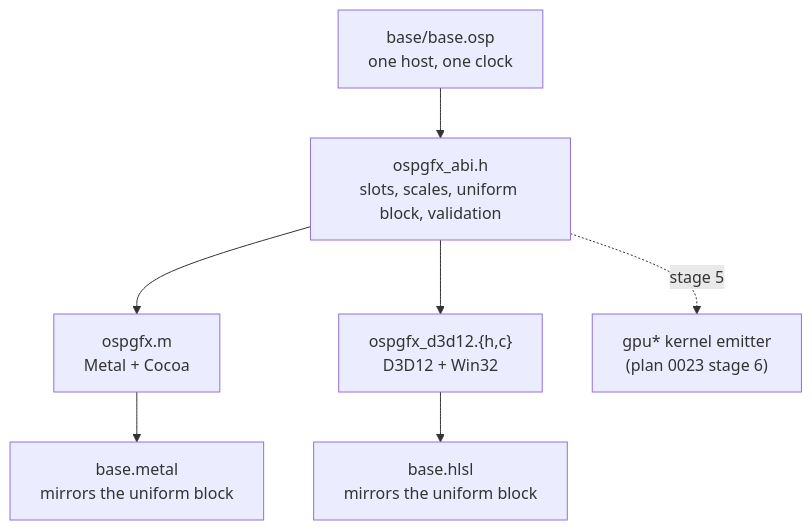
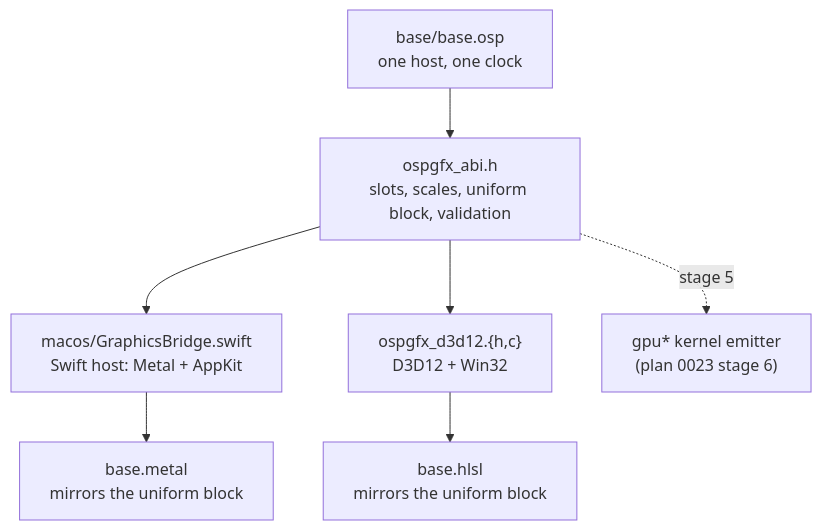
The diagram in docs/plans/0025-gpu-graphics-backends.md (MelbourneDeveloper/osprey), drawn with Mermaid before and after one commit. The commit also changed other lines of this file and 52 other files, not shown here.

First line of the commit message:
Run every macOS example through the Swift host and count hidden files

````diff
--- a/docs/plans/0025-gpu-graphics-backends.md
+++ b/docs/plans/0025-gpu-graphics-backends.md
@@ -17,9 +17,9 @@
 ```mermaid
 flowchart TB
   osp["base/base.osp<br/>one host, one clock"] --> abi["ospgfx_abi.h<br/>slots, scales, uniform block, validation"]
-  abi --> mac["ospgfx.m<br/>Metal + Cocoa"]
+  abi --> mac["macos/GraphicsBridge.swift<br/>Swift host: Metal + AppKit"]
   abi --> win["ospgfx_d3d12.{h,c}<br/>D3D12 + Win32"]
   mac --> msl["base.metal<br/>mirrors the uniform block"]
   win --> hlsl["base.hlsl<br/>mirrors the uniform block"]
   abi -. stage 5 .-> emit["gpu* kernel emitter<br/>(plan 0023 stage 6)"]
 ```
````
